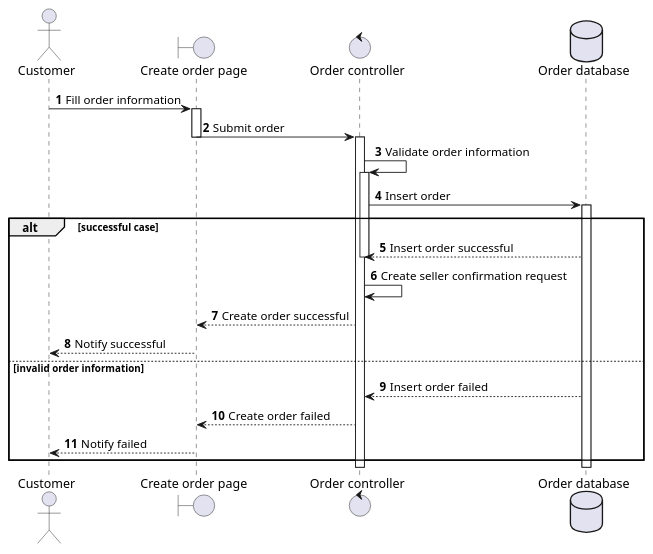
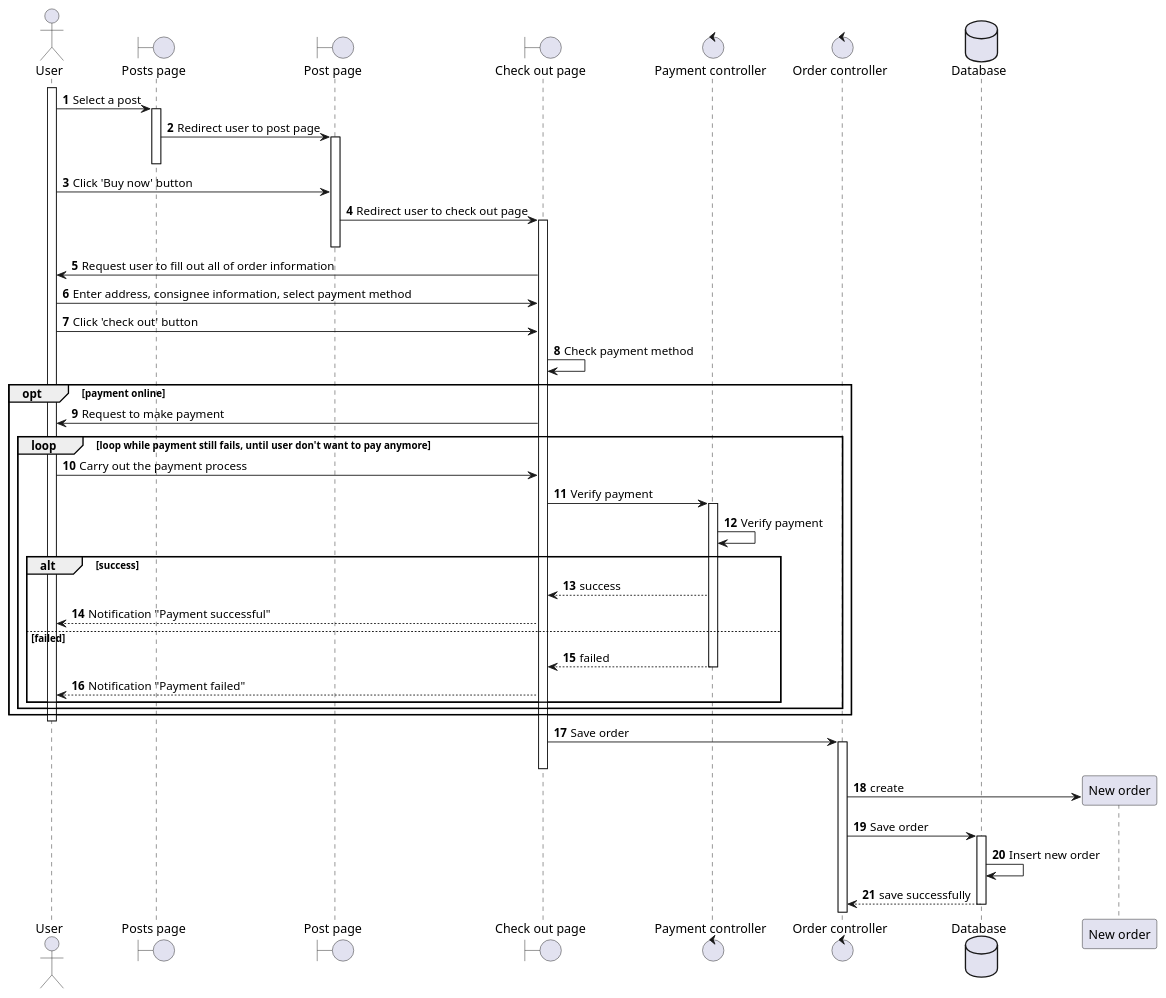
One commit to doublek2712/SE357-Pratice-class changed the diagram in Lab 1.2/puml-code/sequence/place-order.puml. Above: the diagram before and after it, drawn with PlantUML. The commit also changed 1 other file, not shown here.

Commit message:
change place-order seq

```diff
--- a/Lab 1.2/puml-code/sequence/place-order.puml
+++ b/Lab 1.2/puml-code/sequence/place-order.puml
@@ -1,23 +1,45 @@
 @startuml
 autonumber
-actor Customer as Customer
-boundary "Create order page" as Page
-control "Order controller" as Controller
-database "Order database" as DB
-Customer -> Page ++: Fill order information
-Page -> Controller --++: Submit order
-Controller -> Controller: Validate order information
-activate Controller
-Controller -> DB ++: Insert order
-alt successful case
-DB --> Controller: Insert order successful
-deactivate Controller
-Controller -> Controller: Create seller confirmation request
-Controller --> Page: Create order successful
-Page --> Customer: Notify successful
-else invalid order information
-DB --> Controller: Insert order failed
-Controller --> Page: Create order failed
-Page --> Customer: Notify failed
+actor "User" as User
+boundary "Posts page" as PostsP
+boundary "Post page" as PostP
+boundary "Check out page" as CheckoutP
+control "Payment controller" as PaymentCtl
+control "Order controller" as OrderCtl
+database "Database" as DB
+
+activate User
+User -> PostsP ++: Select a post
+PostsP -> PostP ++: Redirect user to post page
+PostsP --
+User -> PostP: Click 'Buy now' button
+PostP -> CheckoutP++: Redirect user to check out page
+PostP--
+CheckoutP -> User : Request user to fill out all of order information
+User -> CheckoutP: Enter address, consignee information, select payment method
+User -> CheckoutP : Click 'check out' button
+CheckoutP -> CheckoutP : Check payment method
+
+opt payment online
+   CheckoutP -> User: Request to make payment
+   loop loop while payment still fails, until user don't want to pay anymore
+      User -> CheckoutP: Carry out the payment process
+      CheckoutP -> PaymentCtl ++: Verify payment
+      PaymentCtl -> PaymentCtl: Verify payment
+      alt success
+         PaymentCtl --> CheckoutP: success
+         CheckoutP --> User: Notification "Payment successful"
+      else failed
+         PaymentCtl --> CheckoutP  --: failed
+         CheckoutP --> User : Notification "Payment failed"     
+      end
+   end
 end
+User--
+CheckoutP -> OrderCtl ++: Save order
+CheckoutP--
+OrderCtl -> "New order" **: create
+OrderCtl -> DB ++: Save order
+DB -> DB : Insert new order
+DB --> OrderCtl --: save successfully
 @enduml
```
